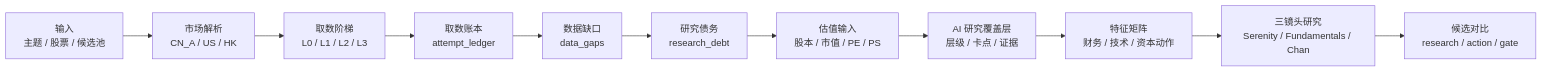
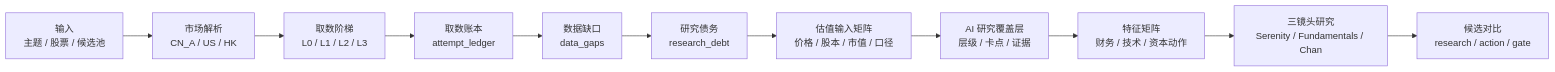
One commit to lucisxu6-cpu/serenity-chan changed the first of 2 diagrams in README.md. Above: the diagram before and after it, drawn with Mermaid. The commit also changed other lines of this file and 19 other files, not shown here.

````diff
--- a/README.md
+++ b/README.md
@@ -23,13 +23,13 @@
 ```mermaid
 flowchart LR
   A["输入<br/>主题 / 股票 / 候选池"] --> B["市场解析<br/>CN_A / US / HK"]
   B --> C["取数阶梯<br/>L0 / L1 / L2 / L3"]
   C --> D["取数账本<br/>attempt_ledger"]
   D --> E["数据缺口<br/>data_gaps"]
   E --> F["研究债务<br/>research_debt"]
-  F --> G["估值输入<br/>股本 / 市值 / PE / PS"]
+  F --> G["估值输入矩阵<br/>价格 / 股本 / 市值 / 口径"]
   G --> H["AI 研究覆盖层<br/>层级 / 卡点 / 证据"]
   H --> I["特征矩阵<br/>财务 / 技术 / 资本动作"]
   I --> J["三镜头研究<br/>Serenity / Fundamentals / Chan"]
   J --> K["候选对比<br/>research / action / gate"]
 ```
````
